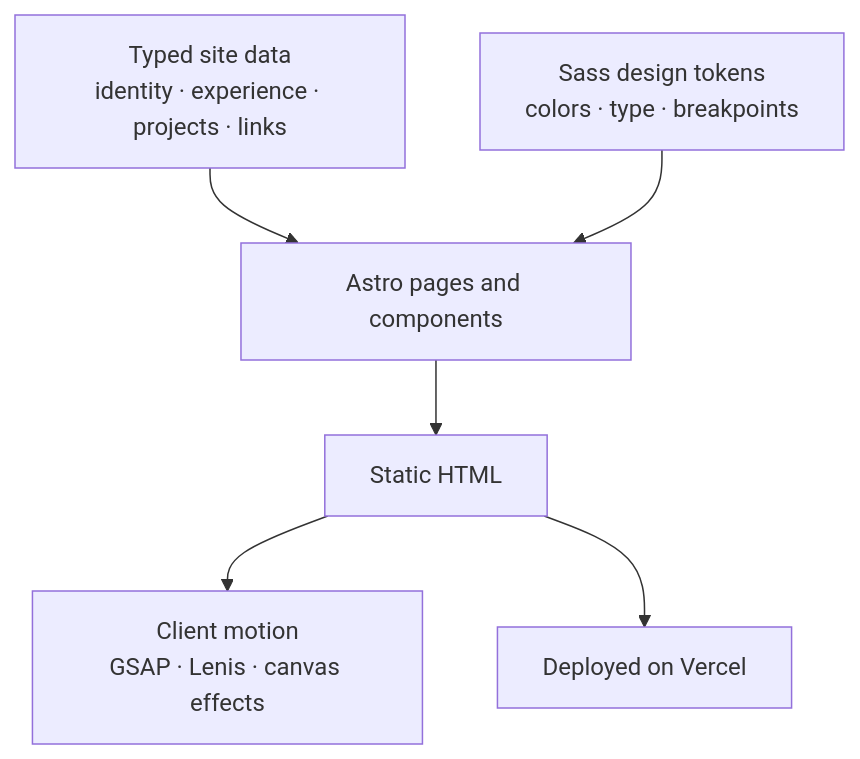
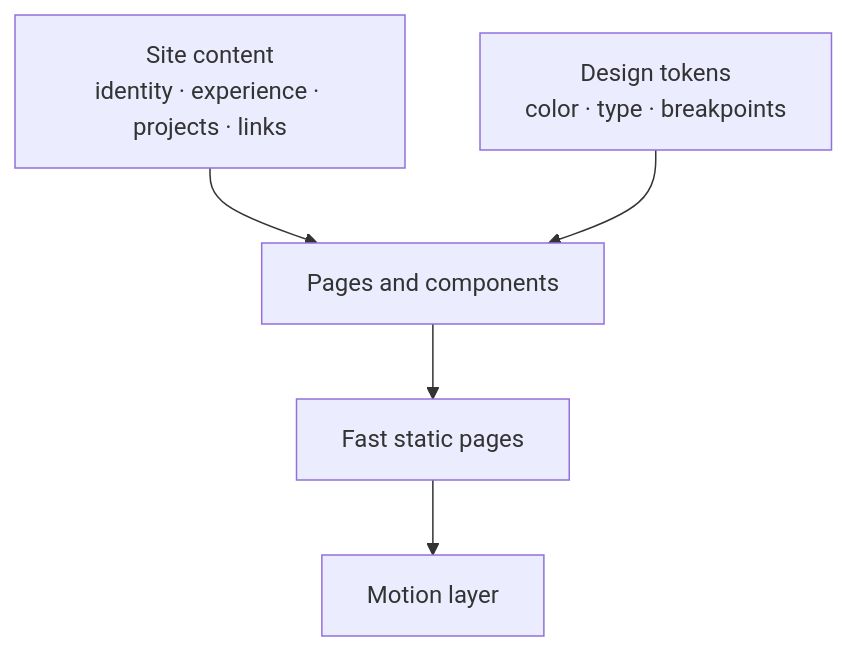
Before and after one commit to DavisHiggins/davis-higgins-portfolio-showcase: the diagram in README.md, drawn with Mermaid. The commit also changed other lines of this file and 7 other files, not shown here.

````diff
--- a/README.md
+++ b/README.md
@@ -48,8 +50,7 @@
 ```mermaid
 flowchart TB
-    D[Typed site data<br/>identity · experience · projects · links] --> A[Astro pages and components]
-    S[Sass design tokens<br/>colors · type · breakpoints] --> A
-    A --> H[Static HTML]
-    H --> M[Client motion<br/>GSAP · Lenis · canvas effects]
-    H --> V[Deployed on Vercel]
+    D[Site content<br/>identity · experience · projects · links] --> P[Pages and components]
+    T[Design tokens<br/>color · type · breakpoints] --> P
+    P --> H[Fast static pages]
+    H --> M[Motion layer]
 ```
````
